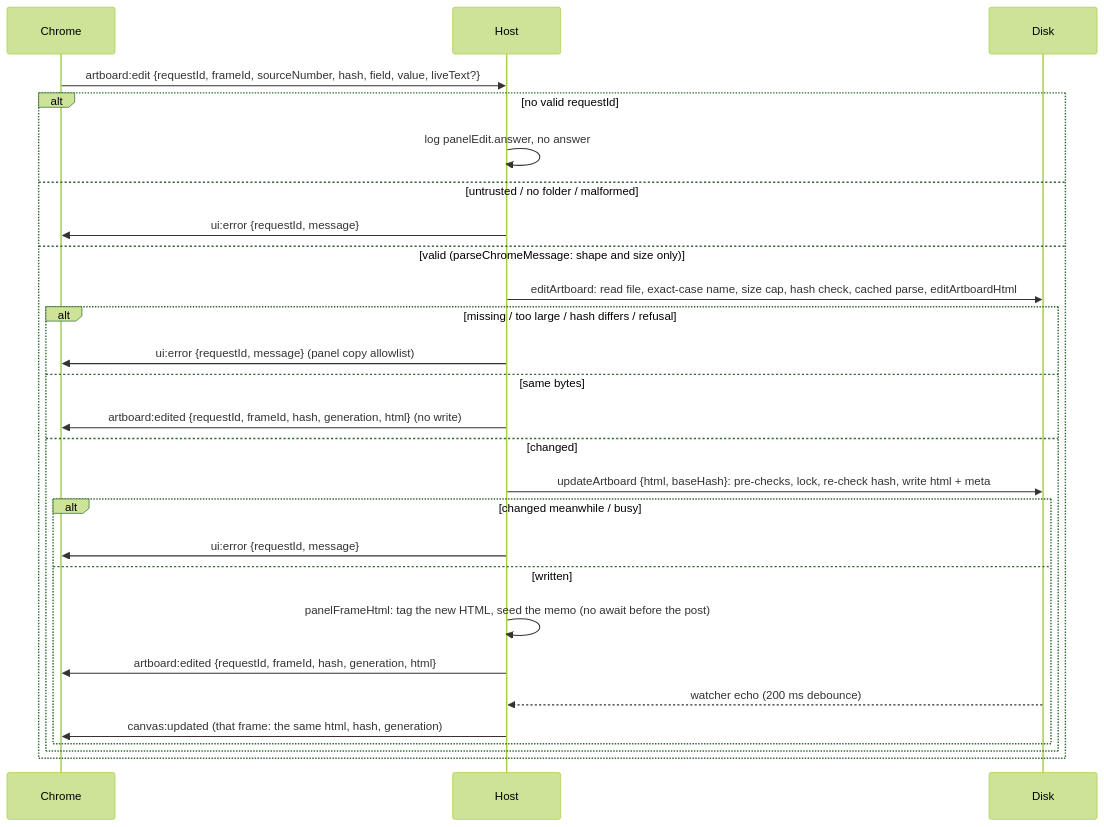
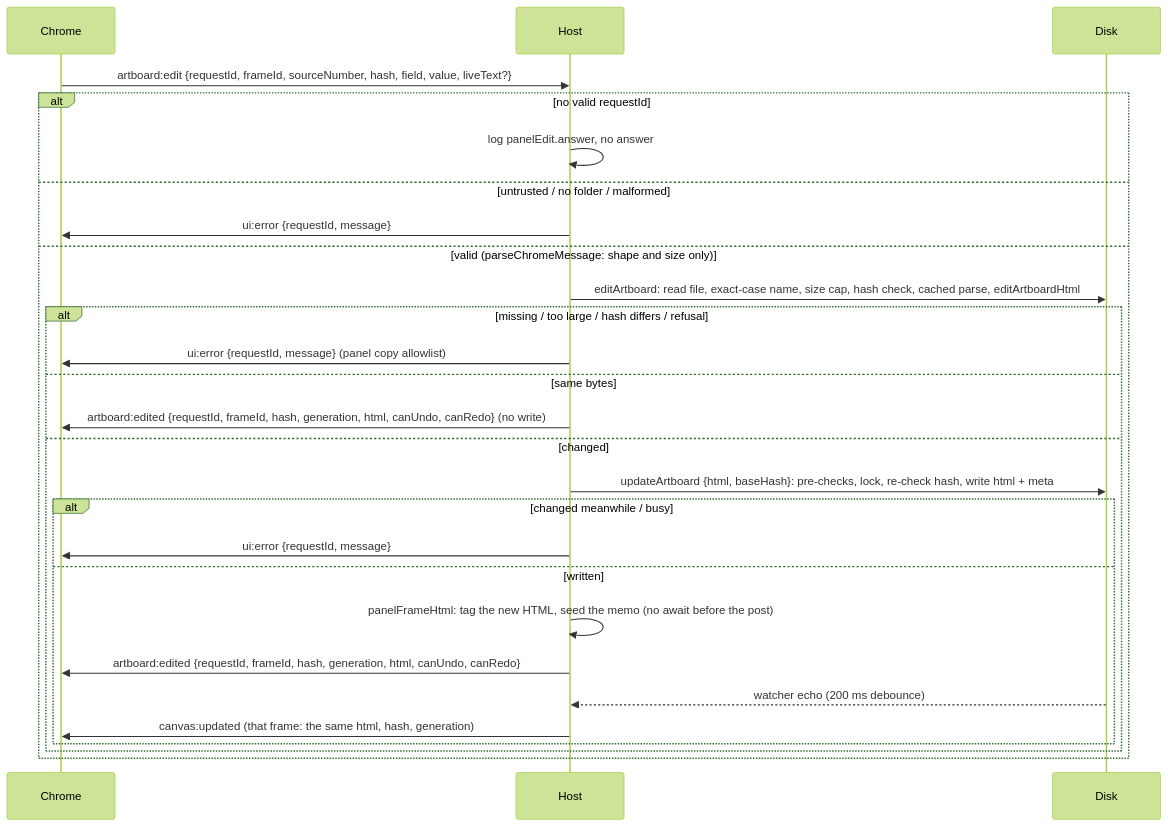
Before and after one commit to MarekBombera/cursor-design-extension: the fifth of 14 diagrams in blueprint/context/system-map.md, drawn with Mermaid (forest theme). The commit also changed other lines of this file and 7 other files, not shown here.

````diff
--- a/blueprint/context/system-map.md
+++ b/blueprint/context/system-map.md
@@ -215,29 +215,29 @@
 ```mermaid
 sequenceDiagram
   participant C as Chrome
   participant H as Host
   participant D as Disk
   C->>H: artboard:edit {requestId, frameId, sourceNumber, hash, field, value, liveText?}
   alt no valid requestId
     H->>H: log panelEdit.answer, no answer
   else untrusted / no folder / malformed
     H->>C: ui:error {requestId, message}
   else valid (parseChromeMessage: shape and size only)
     H->>D: editArtboard: read file, exact-case name, size cap, hash check, cached parse, editArtboardHtml
     alt missing / too large / hash differs / refusal
       H->>C: ui:error {requestId, message} (panel copy allowlist)
     else same bytes
-      H->>C: artboard:edited {requestId, frameId, hash, generation, html} (no write)
+      H->>C: artboard:edited {requestId, frameId, hash, generation, html, canUndo, canRedo} (no write)
     else changed
       H->>D: updateArtboard {html, baseHash}: pre-checks, lock, re-check hash, write html + meta
       alt changed meanwhile / busy
         H->>C: ui:error {requestId, message}
       else written
         H->>H: panelFrameHtml: tag the new HTML, seed the memo (no await before the post)
-        H->>C: artboard:edited {requestId, frameId, hash, generation, html}
+        H->>C: artboard:edited {requestId, frameId, hash, generation, html, canUndo, canRedo}
         D-->>H: watcher echo (200 ms debounce)
         H->>C: canvas:updated (that frame: the same html, hash, generation)
       end
     end
   end
 ```
````
